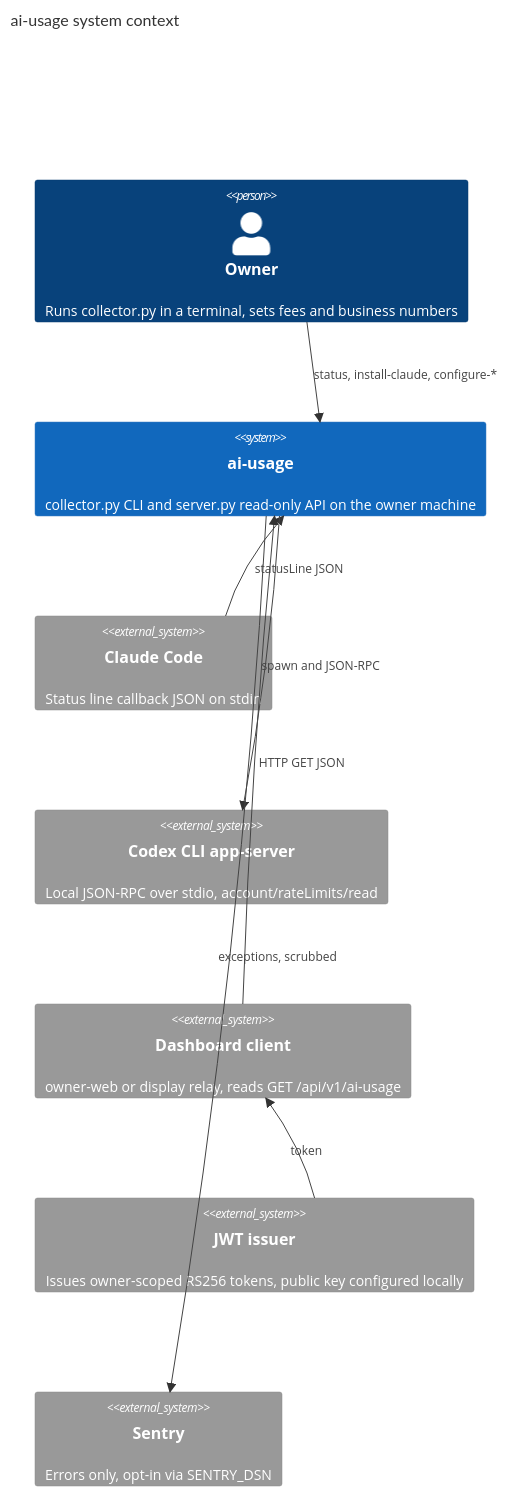
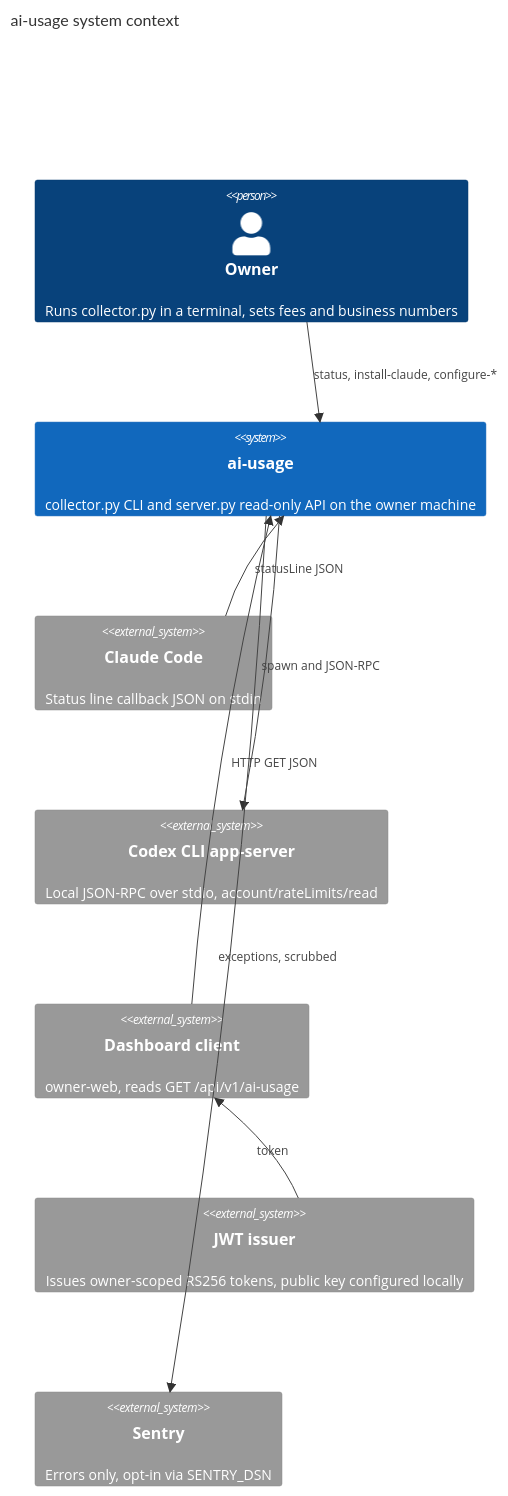
Before and after one commit to bookchaowalit/platform-ai-usage-api: the diagram in docs/diagrams/05-c4-context.md, drawn with Mermaid. The commit also changed other lines of this file and 3 other files, not shown here.

Commit message:
docs: relay is push-fed, drop it as an API consumer in the Core 22 pack

````diff
--- a/docs/diagrams/05-c4-context.md
+++ b/docs/diagrams/05-c4-context.md
@@ -3,17 +3,17 @@
 ```mermaid
 C4Context
   title ai-usage system context
   Person(owner, "Owner", "Runs collector.py in a terminal, sets fees and business numbers")
   System(aiusage, "ai-usage", "collector.py CLI and server.py read-only API on the owner machine")
   System_Ext(claude, "Claude Code", "Status line callback JSON on stdin")
   System_Ext(codex, "Codex CLI app-server", "Local JSON-RPC over stdio, account/rateLimits/read")
-  System_Ext(dash, "Dashboard client", "owner-web or display relay, reads GET /api/v1/ai-usage")
+  System_Ext(dash, "Dashboard client", "owner-web, reads GET /api/v1/ai-usage")
   System_Ext(issuer, "JWT issuer", "Issues owner-scoped RS256 tokens, public key configured locally")
   System_Ext(sentry, "Sentry", "Errors only, opt-in via SENTRY_DSN")
   Rel(owner, aiusage, "status, install-claude, configure-*")
   Rel(claude, aiusage, "statusLine JSON")
   Rel(aiusage, codex, "spawn and JSON-RPC")
   Rel(dash, aiusage, "HTTP GET JSON")
   Rel(issuer, dash, "token")
   Rel(aiusage, sentry, "exceptions, scrubbed")
 ```
````
